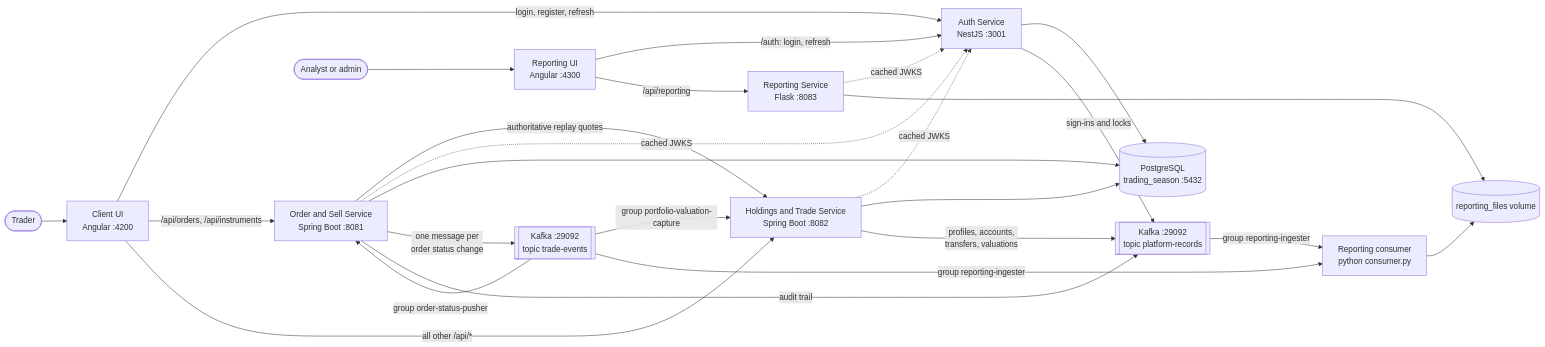
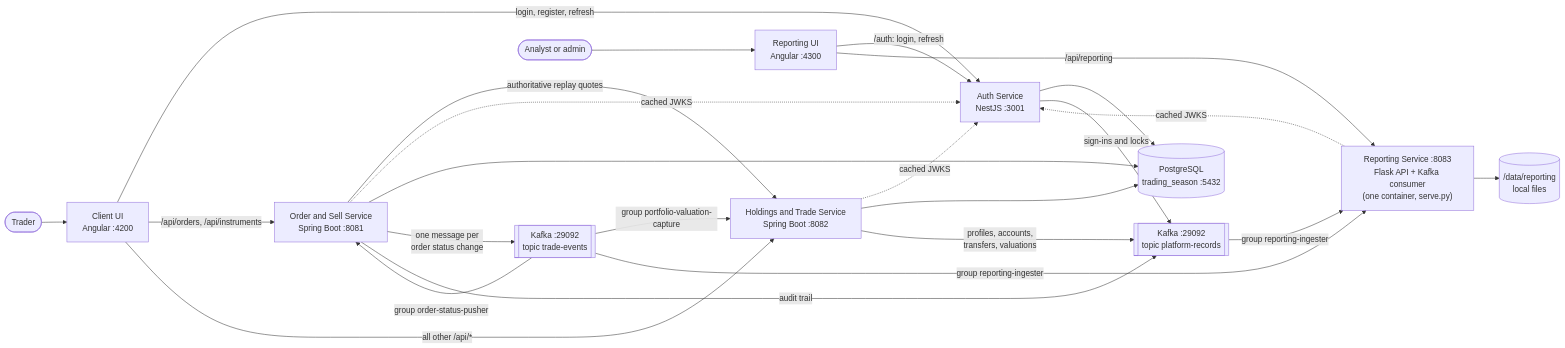
One commit to seankcheema/trading-season changed the first of 5 diagrams in README.md. Above: the diagram before and after it, drawn with Mermaid. The commit also changed other lines of this file and 23 other files, not shown here.

````diff
--- a/README.md
+++ b/README.md
@@ -22,33 +22,32 @@
 ```mermaid
 flowchart LR
     Trader([Trader]) --> UI["Client UI<br/>Angular :4200"]
     UI -- "login, register, refresh" --> Auth["Auth Service<br/>NestJS :3001"]
     UI -- "/api/orders, /api/instruments" --> OS["Order and Sell Service<br/>Spring Boot :8081"]
     UI -- "all other /api/*" --> HT["Holdings and Trade Service<br/>Spring Boot :8082"]
 
     OS -- "authoritative replay quotes" --> HT
     OS -. "cached JWKS" .-> Auth
     HT -. "cached JWKS" .-> Auth
-    RS["Reporting Service<br/>Flask :8083"] -. "cached JWKS" .-> Auth
+    RS["Reporting Service :8083<br/>Flask API + Kafka consumer<br/>(one container, serve.py)"] -. "cached JWKS" .-> Auth
 
     Auth --> DB[("PostgreSQL<br/>trading_season :5432")]
     OS --> DB
     HT --> DB
 
     OS -- "one message per<br/>order status change" --> Kafka[["Kafka :29092<br/>topic trade-events"]]
     Kafka -- "group order-status-pusher" --> OS
     Kafka -- "group portfolio-valuation-capture" --> HT
-    Kafka -- "group reporting-ingester" --> RC["Reporting consumer<br/>python consumer.py"]
+    Kafka -- "group reporting-ingester" --> RS
 
     OS -- "audit trail" --> Records[["Kafka :29092<br/>topic platform-records"]]
     HT -- "profiles, accounts,<br/>transfers, valuations" --> Records
     Auth -- "sign-ins and locks" --> Records
-    Records -- "group reporting-ingester" --> RC
+    Records -- "group reporting-ingester" --> RS
 
-    RC --> Files[("reporting_files volume")]
-    RS --> Files
+    RS --> Files[("/data/reporting<br/>local files")]
 
     Analyst(["Analyst or admin"]) --> RUI["Reporting UI<br/>Angular :4300"]
     RUI -- "/auth: login, refresh" --> Auth
     RUI -- "/api/reporting" --> RS
 ```
````
